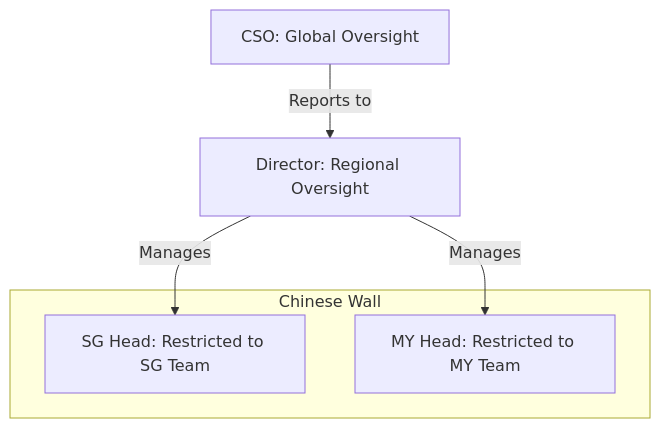
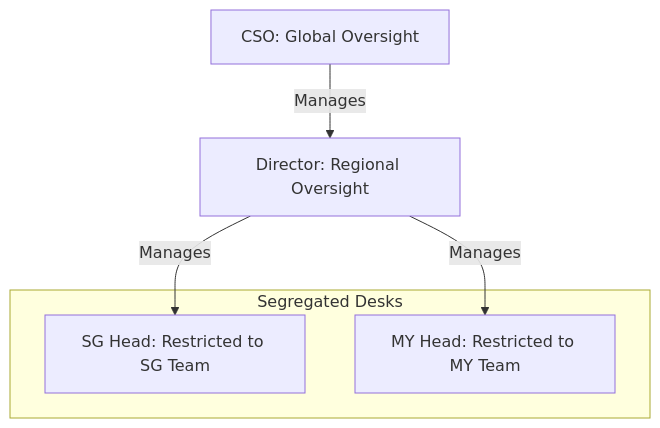
One commit to nkumar15/communication-analysis changed the second of 2 diagrams in backend/scripts/b2b/use_cases/bank_surveillance/README.md. Above: the diagram before and after it, drawn with Mermaid. The commit also changed other lines of this file, not shown here.

````diff
--- a/backend/scripts/b2b/use_cases/bank_surveillance/README.md
+++ b/backend/scripts/b2b/use_cases/bank_surveillance/README.md
@@ -52,11 +52,11 @@
 ```mermaid
 graph TD
-    CSO[CSO: Global Oversight] -->|Reports to| Dir[Director: Regional Oversight]
+    CSO[CSO: Global Oversight] -->|Manages| Dir[Director: Regional Oversight]
     Dir -->|Manages| SG[SG Head: Restricted to SG Team]
     Dir -->|Manages| MY[MY Head: Restricted to MY Team]
 
-    subgraph Chinese Wall
+    subgraph "Segregated Desks"
     SG
     MY
     end
 ```
````
